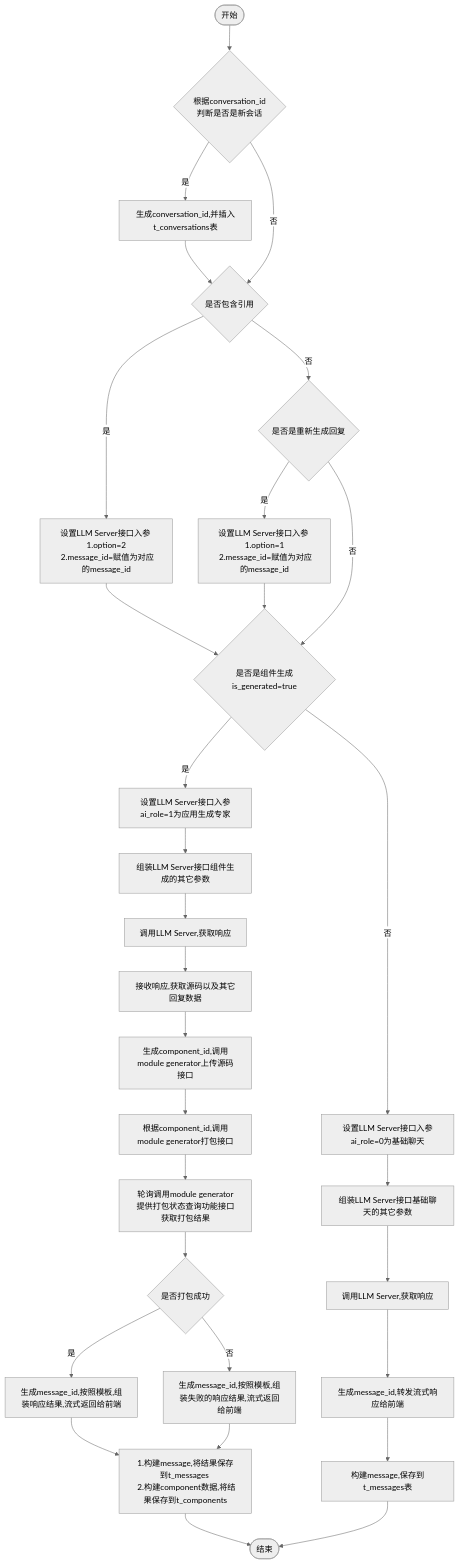
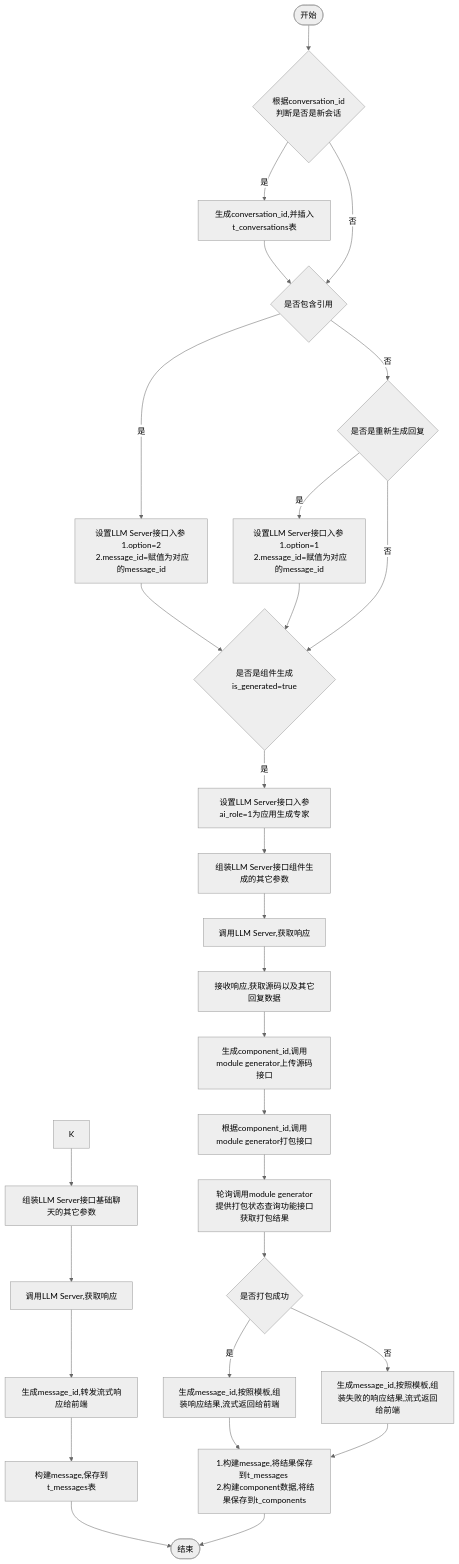
One commit to yingjianzh/iodraw-files changed the diagram in all/w3-会话-不需要传递message.md. Above: the diagram before and after it, drawn with Mermaid (neutral theme).

Commit message:
2024-10-14 11:17:27 update

````diff
--- a/all/w3-会话-不需要传递message.md
+++ b/all/w3-会话-不需要传递message.md
@@ -1,36 +1,36 @@
 ```mermaid
 flowchart TD
     A([开始]) --> B{根据conversation_id \n 判断是否是新会话}
     B -- 是 --> C[生成conversation_id,并插入t_conversations表]
     C --> D
     B -- 否 --> D{是否包含引用}
     D -- 是 --> E[设置LLM Server接口入参 \n 1.option=2 \n 2.message_id=赋值为对应的message_id]
     D -- 否 --> F{是否是重新生成回复}
     F -- 是 --> G[设置LLM Server接口入参 \n 1.option=1 \n 2.message_id=赋值为对应的message_id]
     F -- 否 --> I
      
     E & G --> I{是否是组件生成is_generated=true}
     I -- 是 --> J[设置LLM Server接口入参ai_role=1为应用生成专家]
-    I -- 否 --> K[设置LLM Server接口入参ai_role=0为基础聊天]
+    
 
 
     J --> L[组装LLM Server接口组件生成的其它参数]    
     K --> M[组装LLM Server接口基础聊天的其它参数]    
     M --> N[调用LLM Server,获取响应]    
     N --> O[生成message_id,转发流式响应给前端]
     O --> P[构建message,保存到t_messages表]
     P --> R([结束])
 
 
     L --> S[调用LLM Server,获取响应]
     S --> T[接收响应,获取源码以及其它回复数据]
     T --> U[生成component_id,调用module generator上传源码接口]
     U --> V[根据component_id,调用module generator打包接口]
     V --> W[轮询调用module generator提供打包状态查询功能接口获取打包结果]
     W --> X{是否打包成功}
     X -- 是 --> Y[生成message_id,按照模板,组装响应结果,流式返回给前端]
     X -- 否 --> Z[生成message_id,按照模板,组装失败的响应结果,流式返回给前端]
 
     Y & Z --> Result[1.构建message,将结果保存到t_messages \n 2.构建component数据,将结果保存到t_components]
     Result --> R
 ```
````
